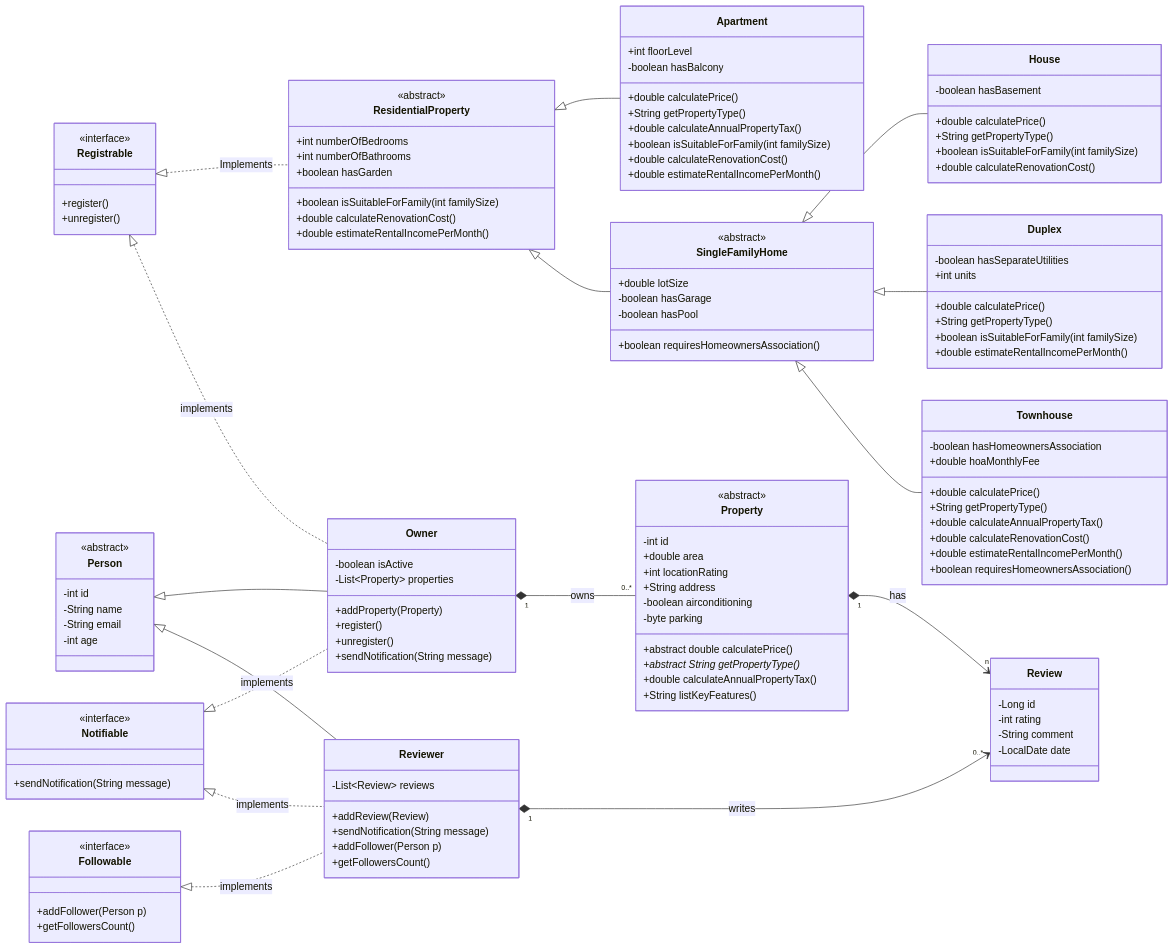
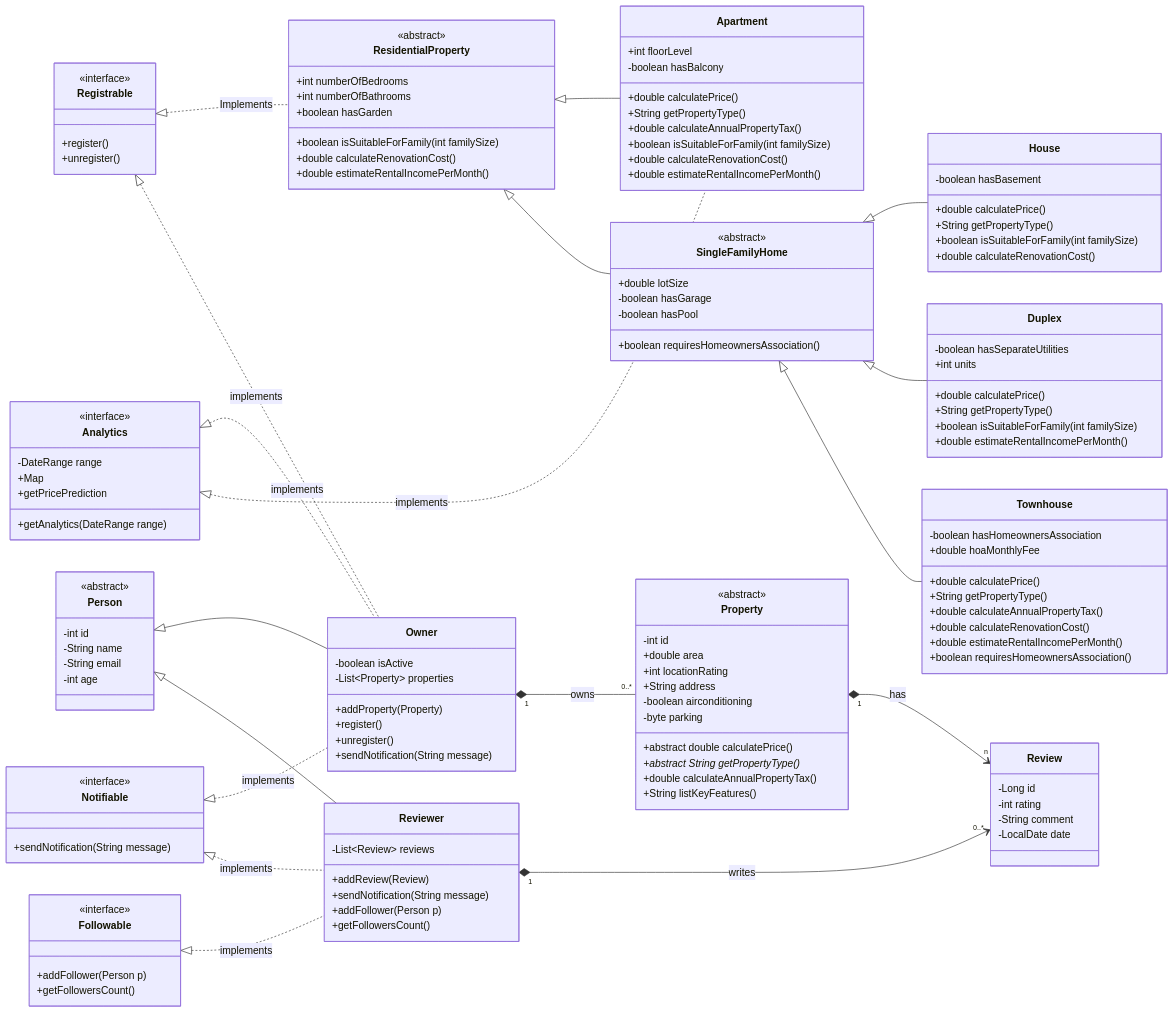
One commit to alexpjava/ApartmentPredictorAlpy changed the diagram in docs/SandBox/uml-fusion-owner-property-inherence-v3.md. Above: the diagram before and after it, drawn with Mermaid.

Commit message:
Add Analytics class and interface implementation for Owner and Apartment

```diff
--- a/docs/SandBox/uml-fusion-owner-property-inherence-v3.md
+++ b/docs/SandBox/uml-fusion-owner-property-inherence-v3.md
@@ -20,6 +20,13 @@
     class Followable {
     +addFollower(Person p)
     +getFollowersCount()
+    }
+
+    class Analytics {
+		-DateRange range
+		+Map<String, Object>
+	    +getPricePrediction
+		+getAnalytics(DateRange range)
     }
 
     class Person {
@@ -124,6 +131,7 @@
     <<interface>> Registrable
     <<interface>> Notifiable
     <<interface>> Followable
+    <<interface>> Analytics
     <<abstract>> Person
     <<abstract>> Property
     <<abstract>> ResidentialProperty
@@ -136,6 +144,8 @@
     Notifiable <|.. Owner : implements
     Notifiable <|.. Reviewer : implements
     Followable <|.. Reviewer : implements
+    Analytics <|.. Owner : implements
+    Analytics <|.. Apartment : implements
     ResidentialProperty <|-- Apartment
     ResidentialProperty <|-- SingleFamilyHome
     SingleFamilyHome <|-- House
```
